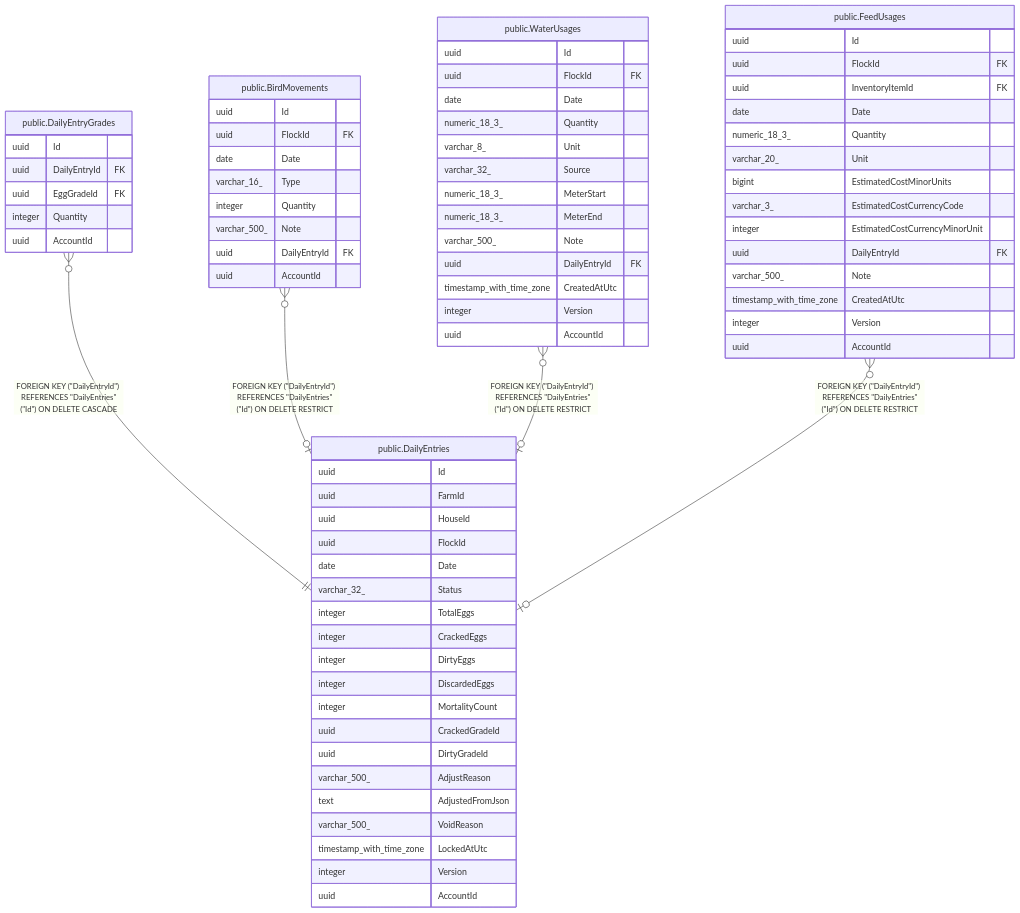
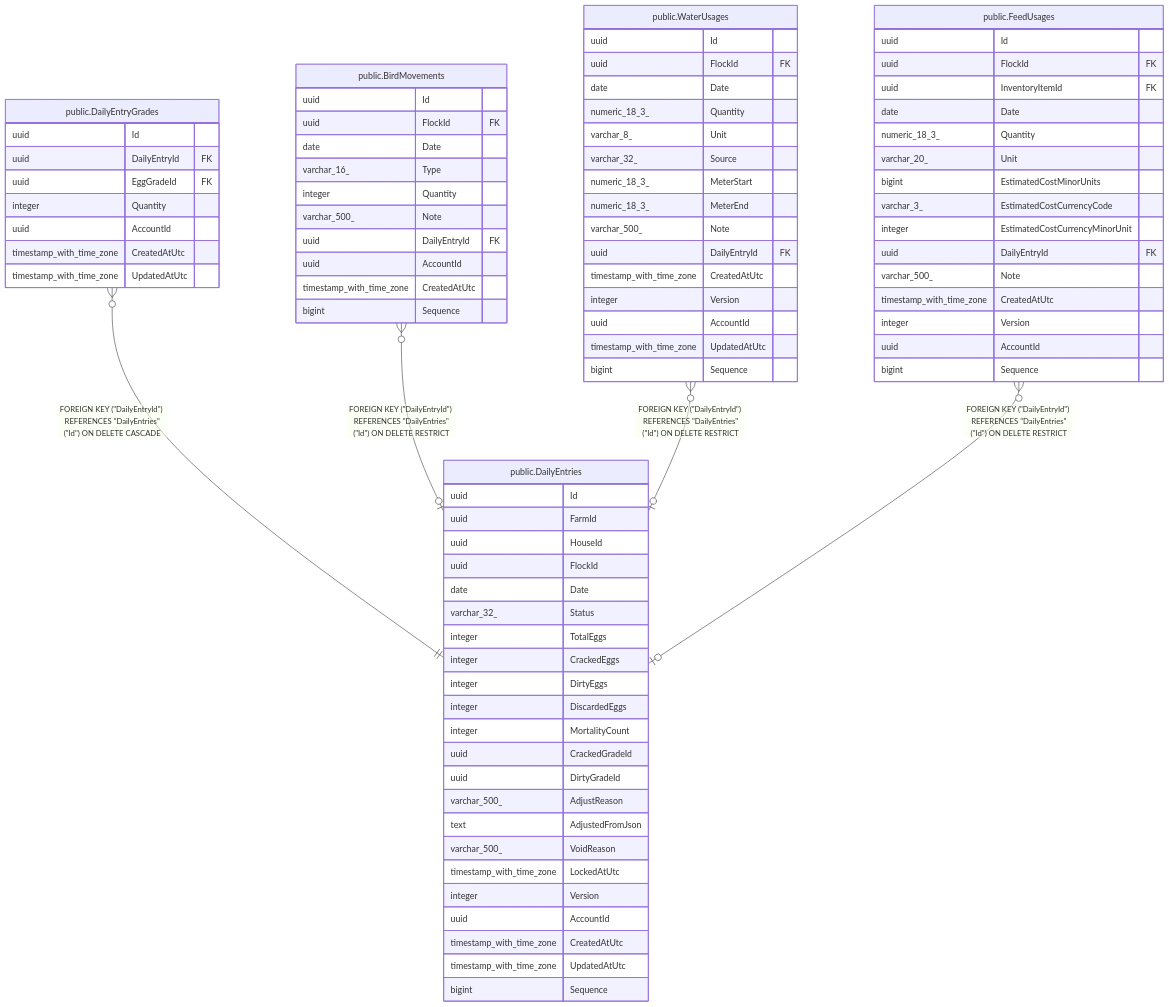
The diagram in docs/schema/public.DailyEntries.md (mforce/cluckwork), drawn with Mermaid before and after one commit. The commit also changed other lines of this file and 105 other files, not shown here.

````diff
--- a/docs/schema/public.DailyEntries.md
+++ b/docs/schema/public.DailyEntries.md
@@ -86,6 +99,9 @@
   timestamp_with_time_zone LockedAtUtc
   integer Version
   uuid AccountId
+  timestamp_with_time_zone CreatedAtUtc
+  timestamp_with_time_zone UpdatedAtUtc
+  bigint Sequence
 }
 "public.DailyEntryGrades" {
   uuid Id
@@ -93,6 +109,8 @@
   uuid EggGradeId FK
   integer Quantity
   uuid AccountId
+  timestamp_with_time_zone CreatedAtUtc
+  timestamp_with_time_zone UpdatedAtUtc
 }
 "public.BirdMovements" {
   uuid Id
@@ -103,6 +121,8 @@
   varchar_500_ Note
   uuid DailyEntryId FK
   uuid AccountId
+  timestamp_with_time_zone CreatedAtUtc
+  bigint Sequence
 }
 "public.WaterUsages" {
   uuid Id
@@ -118,6 +138,8 @@
   timestamp_with_time_zone CreatedAtUtc
   integer Version
   uuid AccountId
+  timestamp_with_time_zone UpdatedAtUtc
+  bigint Sequence
 }
 "public.FeedUsages" {
   uuid Id
@@ -134,5 +156,6 @@
   timestamp_with_time_zone CreatedAtUtc
   integer Version
   uuid AccountId
+  bigint Sequence
 }
 ```
````
